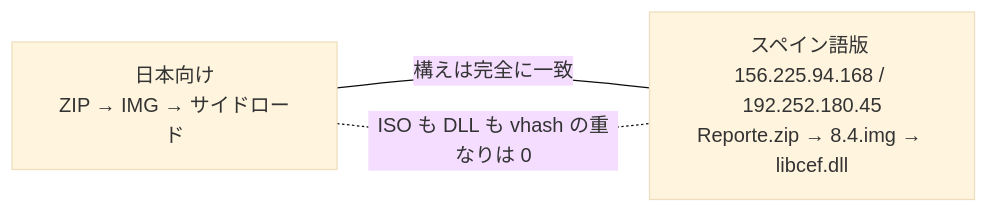
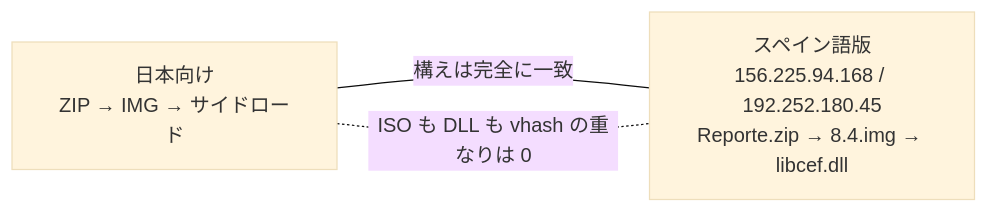
One commit to proshiba/research_bench changed the seventh of 7 diagrams in reports/weekly/20260815.md. Above: the diagram before and after it, drawn with Mermaid (base theme). The commit also changed other lines of this file, not shown here.

First line of the commit message:
reports: 抜けていた図を足し、登録者の記述を実測に合わせる

````diff
--- a/reports/weekly/20260815.md
+++ b/reports/weekly/20260815.md
@@ -156,7 +171,7 @@
 ```mermaid
 flowchart LR
   JP["日本向け<br/>ZIP → IMG → サイドロード"]
-  ES["スペイン語版 156.225.94.168 / 192.252.180.45<br/>Reporte.zip → 8.4.img → libcef.dll"]
+  ES["スペイン語版<br/>156.225.94.168 / 192.252.180.45<br/>Reporte.zip → 8.4.img → libcef.dll"]
   JP ---|"構えは完全に一致"| ES
   JP -.-|"ISO も DLL も vhash の重なりは 0"| ES
 ```
````
